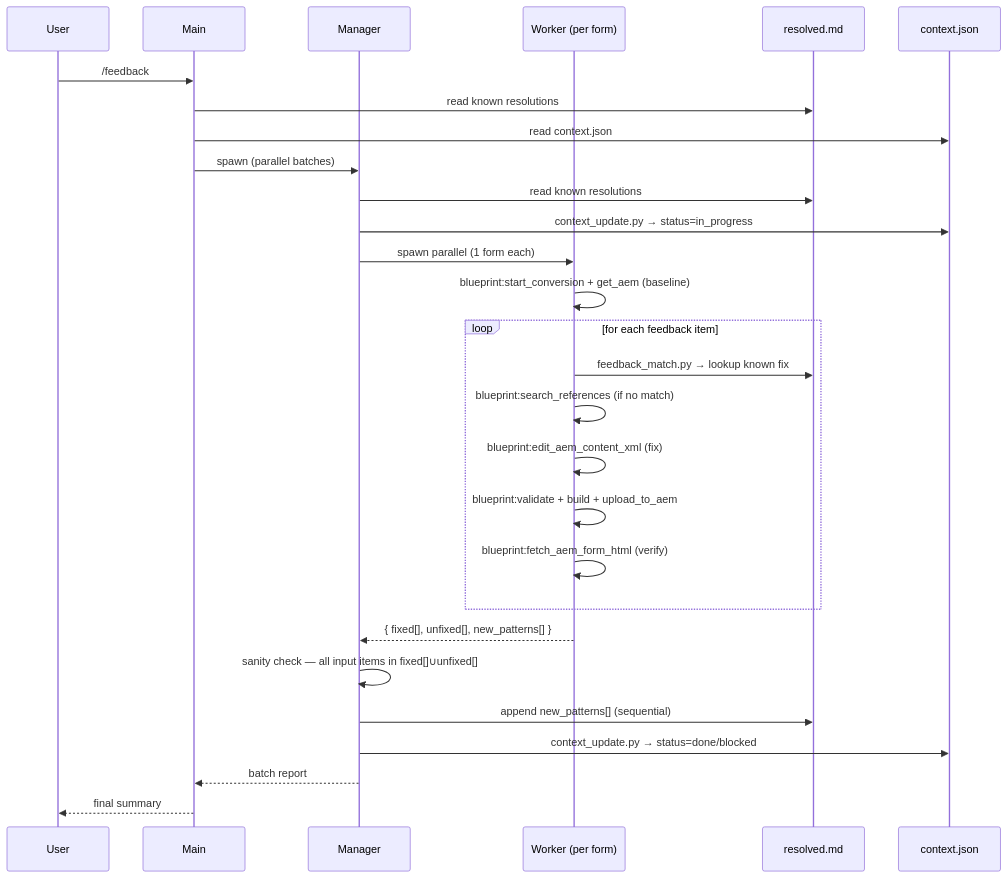
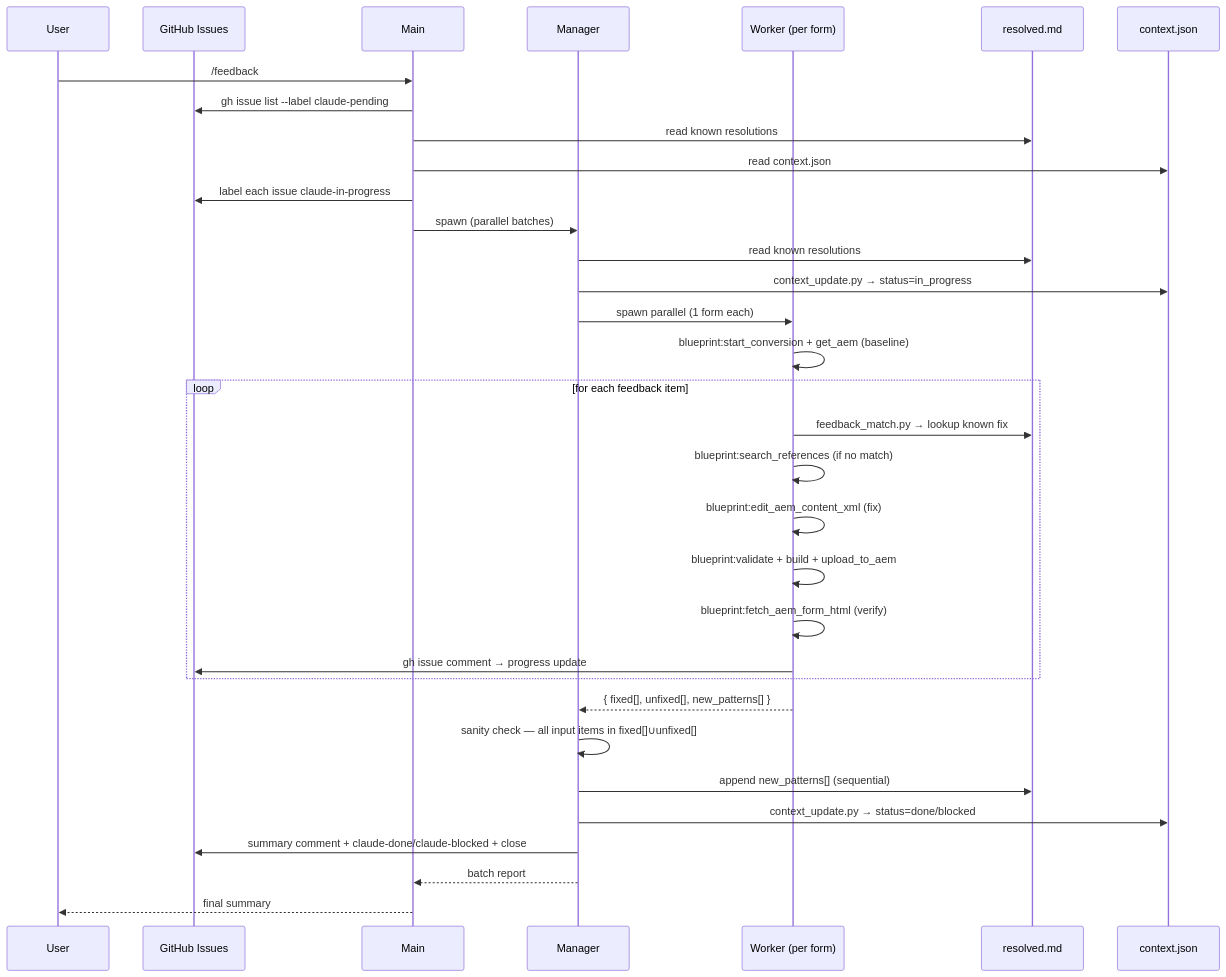
One commit to ajilach/ajila-forms-conversion-engine changed the second of 2 diagrams in docs/feedback-pipeline-plan.md. Above: the diagram before and after it, drawn with Mermaid. The commit also changed other lines of this file, not shown here.

First line of the commit message:
rewrite feedback pipeline plan with GitHub issues as primary input

````diff
--- a/docs/feedback-pipeline-plan.md
+++ b/docs/feedback-pipeline-plan.md
@@ -46,37 +85,42 @@
 ```mermaid
 sequenceDiagram
     participant U as User
+    participant GH as GitHub Issues
     participant Main
     participant Mgr as Manager
     participant Wkr as Worker (per form)
     participant R as resolved.md
     participant C as context.json
 
     U->>Main: /feedback
+    Main->>GH: gh issue list --label claude-pending
     Main->>R: read known resolutions
     Main->>C: read context.json
+    Main->>GH: label each issue claude-in-progress
     Main->>Mgr: spawn (parallel batches)
 
     Mgr->>R: read known resolutions
     Mgr->>C: context_update.py → status=in_progress
     Mgr->>Wkr: spawn parallel (1 form each)
 
     Wkr->>Wkr: blueprint:start_conversion + get_aem (baseline)
 
     loop for each feedback item
         Wkr->>R: feedback_match.py → lookup known fix
         Wkr->>Wkr: blueprint:search_references (if no match)
         Wkr->>Wkr: blueprint:edit_aem_content_xml (fix)
         Wkr->>Wkr: blueprint:validate + build + upload_to_aem
         Wkr->>Wkr: blueprint:fetch_aem_form_html (verify)
+        Wkr->>GH: gh issue comment → progress update
     end
 
     Wkr-->>Mgr: { fixed[], unfixed[], new_patterns[] }
 
     Mgr->>Mgr: sanity check — all input items in fixed[]∪unfixed[]
     Mgr->>R: append new_patterns[] (sequential)
     Mgr->>C: context_update.py → status=done/blocked
+    Mgr->>GH: summary comment + claude-done/claude-blocked + close
     Mgr-->>Main: batch report
 
     Main-->>U: final summary
 ```
````
